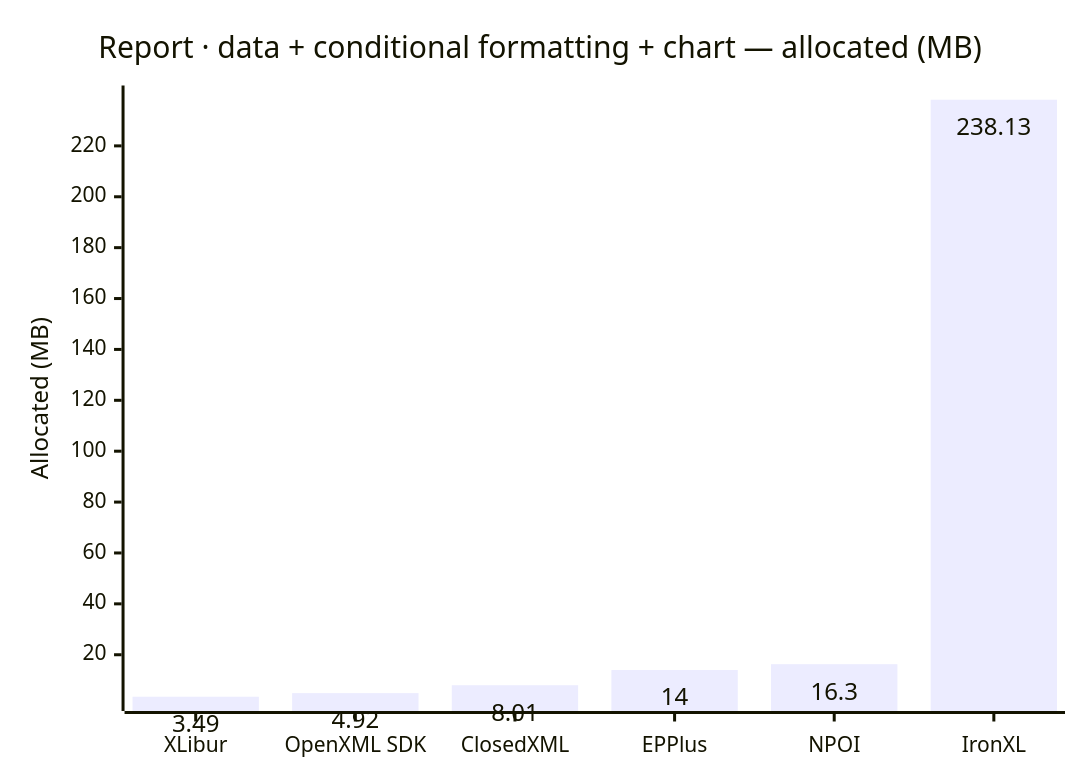
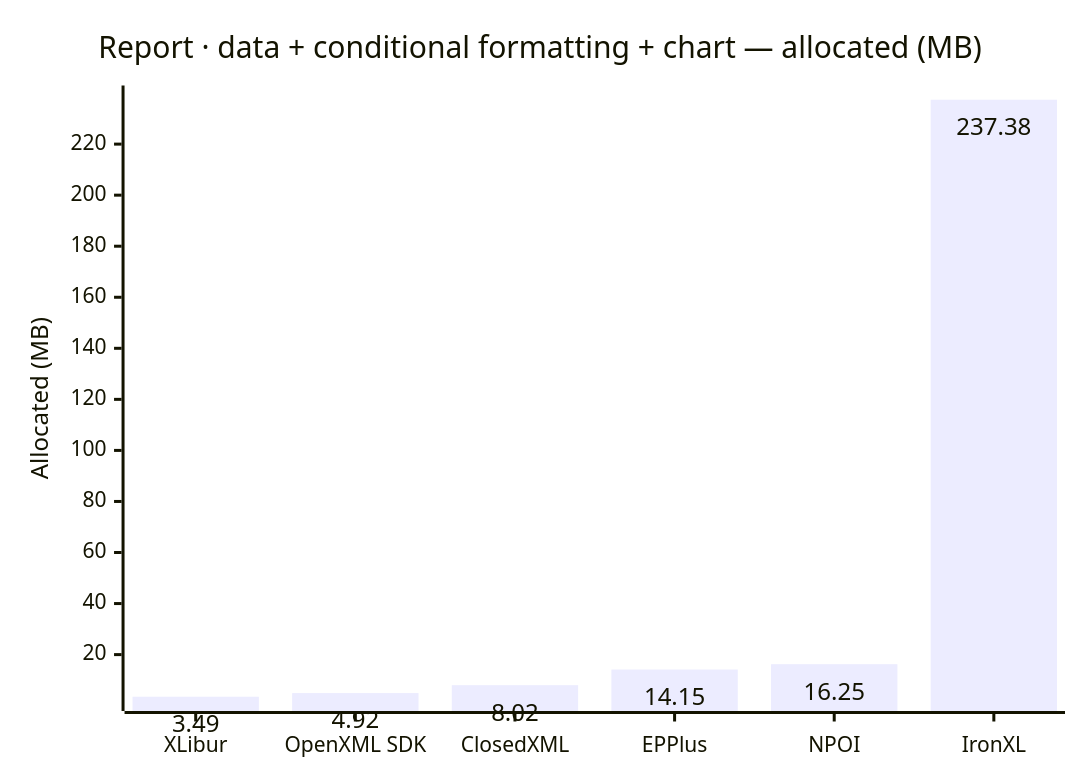
The eighth of 12 diagrams in docs/results.md (jafin/XLBench), drawn with Mermaid before and after one commit. The commit also changed other lines of this file and 2 other files, not shown here.

````diff
--- a/docs/results.md
+++ b/docs/results.md
@@ -126,12 +126,12 @@
 ```mermaid
 ---
 config:
   xyChart:
     showDataLabel: true
 ---
 xychart-beta
     title "Report · data + conditional formatting + chart — allocated (MB)"
     x-axis ["XLibur", "OpenXML SDK", "ClosedXML", "EPPlus", "NPOI", "IronXL"]
     y-axis "Allocated (MB)"
-    bar [3.49, 4.92, 8.01, 14, 16.3, 238.13]
+    bar [3.49, 4.92, 8.02, 14.15, 16.25, 237.38]
 ```
````
